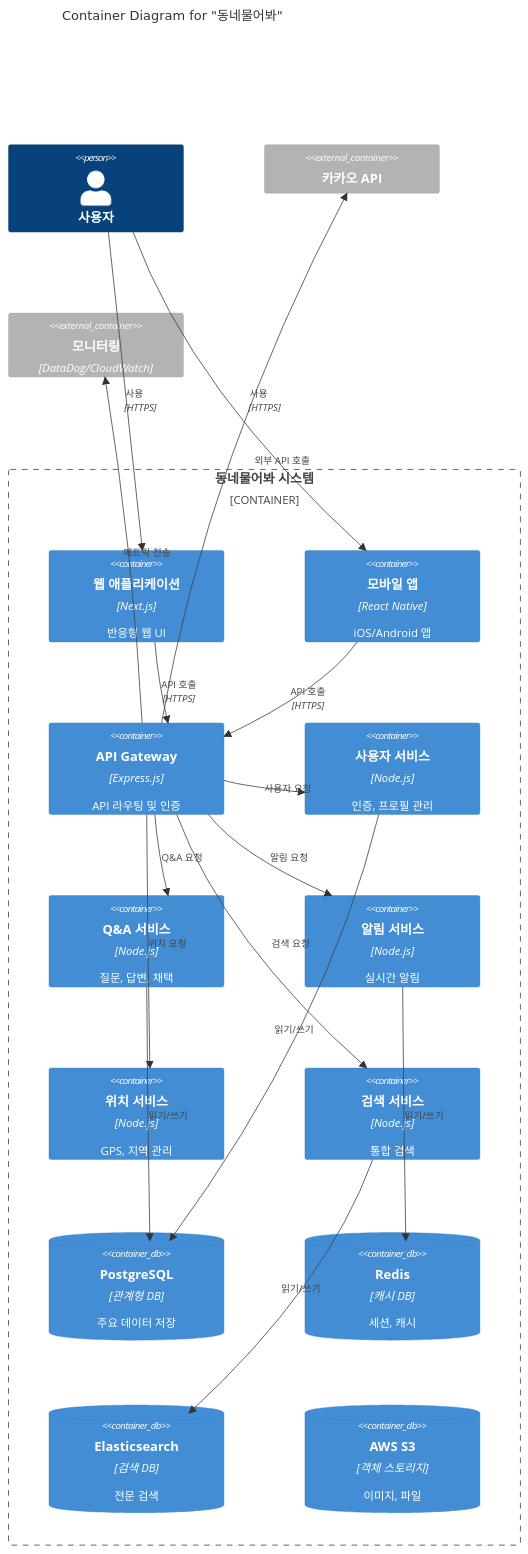
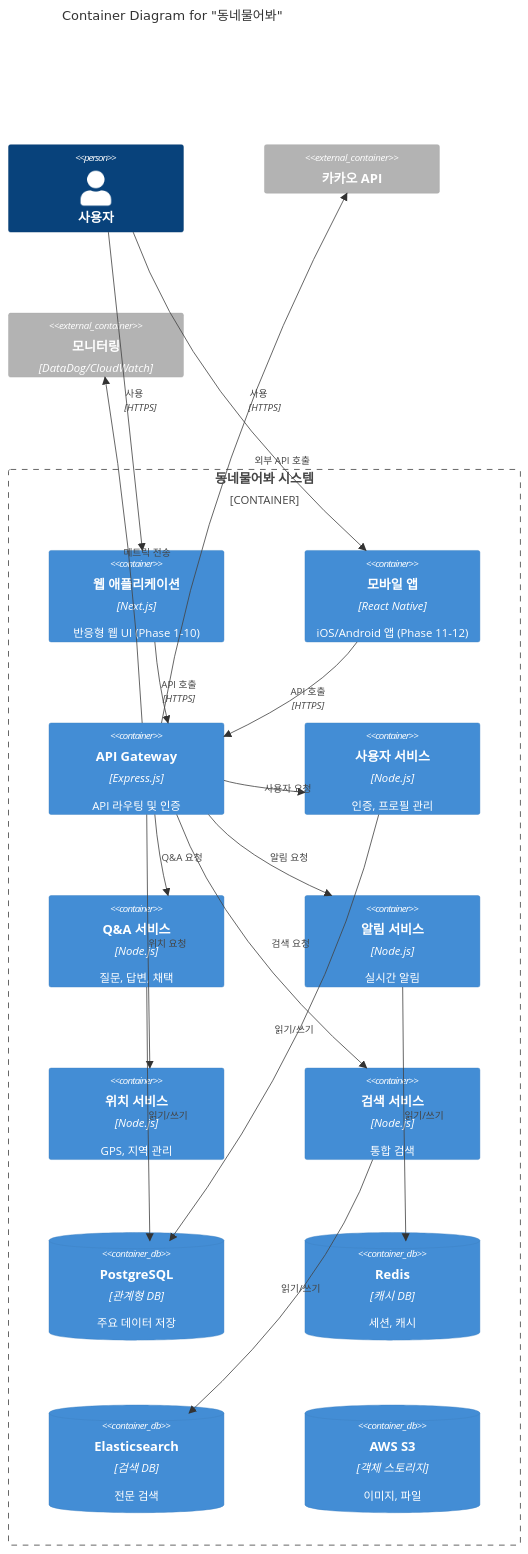
The second of 3 diagrams in docs/07-동네물어봐-종합-기술-아키텍처-설계서.md (ip9202/jeju-tourlist), drawn with Mermaid before and after one commit. The commit also changed other lines of this file and 3 other files, not shown here.

````diff
--- a/docs/07-동네물어봐-종합-기술-아키텍처-설계서.md
+++ b/docs/07-동네물어봐-종합-기술-아키텍처-설계서.md
@@ -109,46 +131,46 @@
 ```mermaid
 C4Container
     title Container Diagram for "동네물어봐"
 
     Person(user, "사용자")
 
     Container_Boundary(c1, "동네물어봐 시스템") {
-        Container(webapp, "웹 애플리케이션", "Next.js", "반응형 웹 UI")
-        Container(mobile, "모바일 앱", "React Native", "iOS/Android 앱")
+        Container(webapp, "웹 애플리케이션", "Next.js", "반응형 웹 UI (Phase 1-10)")
+        Container(mobile, "모바일 앱", "React Native", "iOS/Android 앱 (Phase 11-12)")
         Container(api, "API Gateway", "Express.js", "API 라우팅 및 인증")
 
         Container(user_service, "사용자 서비스", "Node.js", "인증, 프로필 관리")
         Container(qa_service, "Q&A 서비스", "Node.js", "질문, 답변, 채택")
         Container(notification_service, "알림 서비스", "Node.js", "실시간 알림")
         Container(location_service, "위치 서비스", "Node.js", "GPS, 지역 관리")
         Container(search_service, "검색 서비스", "Node.js", "통합 검색")
 
         ContainerDb(postgres, "PostgreSQL", "관계형 DB", "주요 데이터 저장")
         ContainerDb(redis, "Redis", "캐시 DB", "세션, 캐시")
         ContainerDb(elasticsearch, "Elasticsearch", "검색 DB", "전문 검색")
         ContainerDb(s3, "AWS S3", "객체 스토리지", "이미지, 파일")
     }
 
     Container_Ext(kakao_api, "카카오 API")
     Container_Ext(monitoring, "모니터링", "DataDog/CloudWatch")
 
     Rel(user, webapp, "사용", "HTTPS")
     Rel(user, mobile, "사용", "HTTPS")
 
     Rel(webapp, api, "API 호출", "HTTPS")
     Rel(mobile, api, "API 호출", "HTTPS")
 
     Rel(api, user_service, "사용자 요청")
     Rel(api, qa_service, "Q&A 요청")
     Rel(api, notification_service, "알림 요청")
     Rel(api, location_service, "위치 요청")
     Rel(api, search_service, "검색 요청")
 
     Rel(user_service, postgres, "읽기/쓰기")
     Rel(qa_service, postgres, "읽기/쓰기")
     Rel(notification_service, redis, "읽기/쓰기")
     Rel(search_service, elasticsearch, "읽기/쓰기")
 
     Rel(api, kakao_api, "외부 API 호출")
     Rel(api, monitoring, "메트릭 전송")
 ```
````
